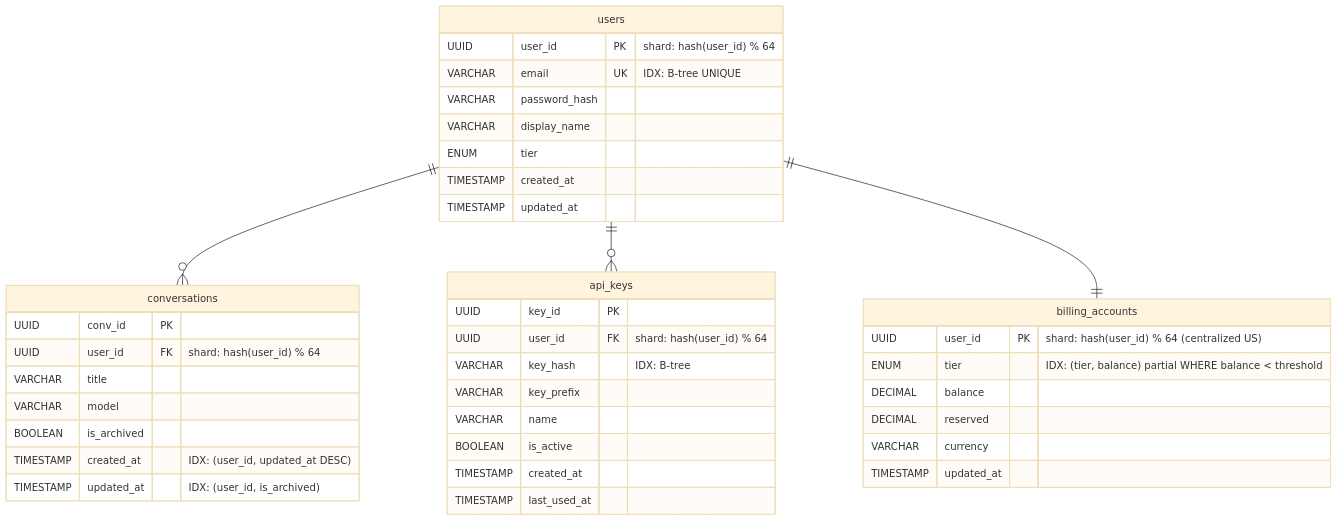
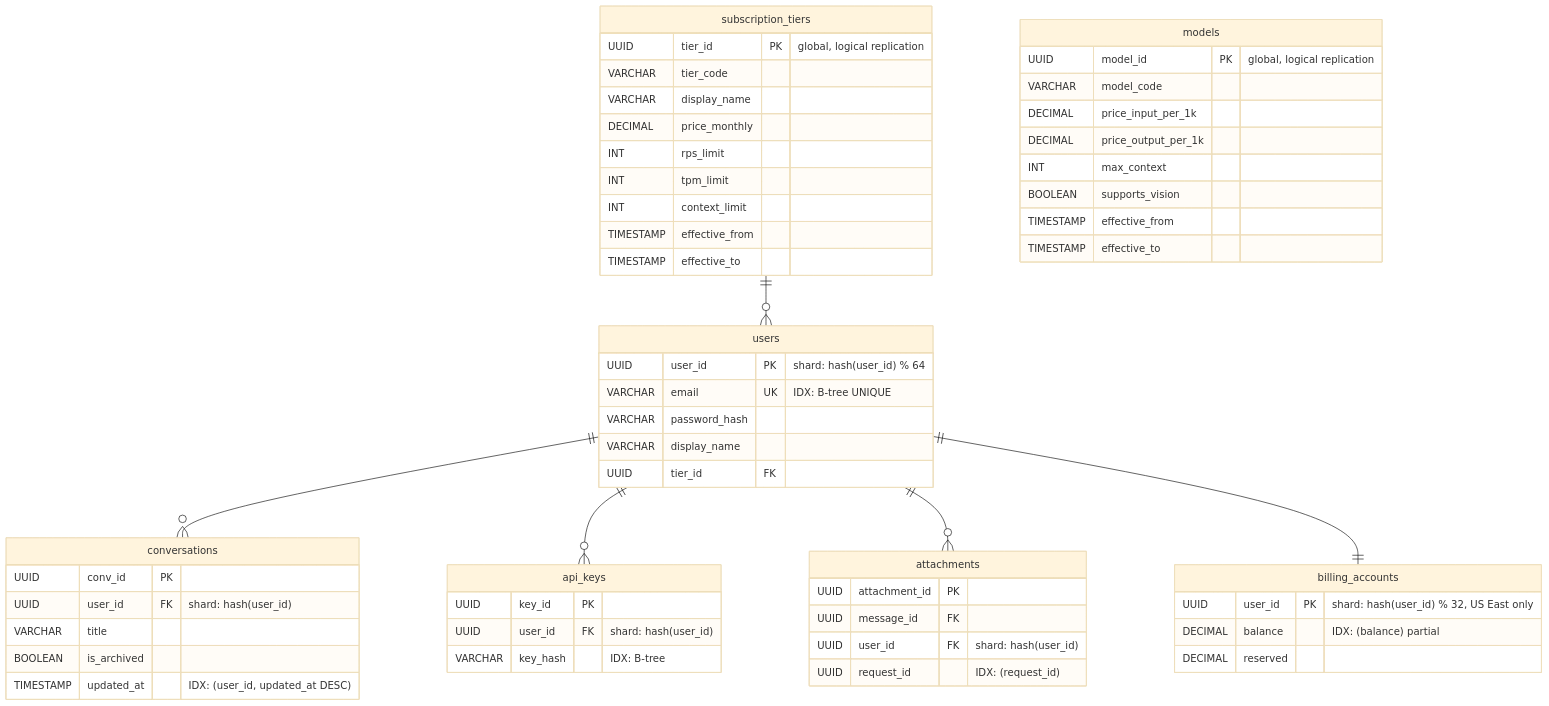
The fourth of 7 diagrams in README.md (yaksase/highload_hse), drawn with Mermaid (base theme) before and after one commit. The commit also changed other lines of this file and 2 other files, not shown here.

````diff
--- a/README.md
+++ b/README.md
@@ -1127,46 +1208,59 @@
 ```mermaid
 erDiagram
+    subscription_tiers {
+        UUID tier_id PK "global, logical replication"
+        VARCHAR tier_code
+        VARCHAR display_name
+        DECIMAL price_monthly
+        INT rps_limit
+        INT tpm_limit
+        INT context_limit
+        TIMESTAMP effective_from
+        TIMESTAMP effective_to
+    }
+    models {
+        UUID model_id PK "global, logical replication"
+        VARCHAR model_code
+        DECIMAL price_input_per_1k
+        DECIMAL price_output_per_1k
+        INT max_context
+        BOOLEAN supports_vision
+        TIMESTAMP effective_from
+        TIMESTAMP effective_to
+    }
     users {
         UUID user_id PK "shard: hash(user_id) % 64"
         VARCHAR email UK "IDX: B-tree UNIQUE"
         VARCHAR password_hash
         VARCHAR display_name
-        ENUM tier
-        TIMESTAMP created_at
-        TIMESTAMP updated_at
+        UUID tier_id FK
     }
-
     conversations {
         UUID conv_id PK
-        UUID user_id FK "shard: hash(user_id) % 64"
+        UUID user_id FK "shard: hash(user_id)"
         VARCHAR title
-        VARCHAR model
         BOOLEAN is_archived
-        TIMESTAMP created_at "IDX: (user_id, updated_at DESC)"
-        TIMESTAMP updated_at "IDX: (user_id, is_archived)"
+        TIMESTAMP updated_at "IDX: (user_id, updated_at DESC)"
     }
-
     api_keys {
         UUID key_id PK
-        UUID user_id FK "shard: hash(user_id) % 64"
+        UUID user_id FK "shard: hash(user_id)"
         VARCHAR key_hash "IDX: B-tree"
-        VARCHAR key_prefix
-        VARCHAR name
-        BOOLEAN is_active
-        TIMESTAMP created_at
-        TIMESTAMP last_used_at
     }
-
+    attachments {
+        UUID attachment_id PK
+        UUID message_id FK
+        UUID user_id FK "shard: hash(user_id)"
+        UUID request_id "IDX: (request_id)"
+    }
     billing_accounts {
-        UUID user_id PK "shard: hash(user_id) % 64 (centralized US)"
-        ENUM tier "IDX: (tier, balance) partial WHERE balance < threshold"
-        DECIMAL balance
+        UUID user_id PK "shard: hash(user_id) % 32, US East only"
+        DECIMAL balance "IDX: (balance) partial"
         DECIMAL reserved
-        VARCHAR currency
-        TIMESTAMP updated_at
     }
-
+    subscription_tiers ||--o{ users : ""
     users ||--o{ conversations : ""
     users ||--o{ api_keys : ""
+    users ||--o{ attachments : ""
     users ||--|| billing_accounts : ""
 ```
````
